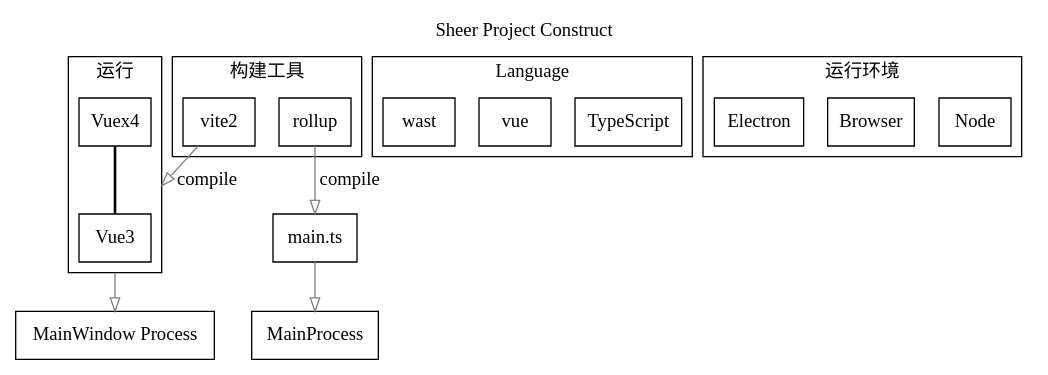
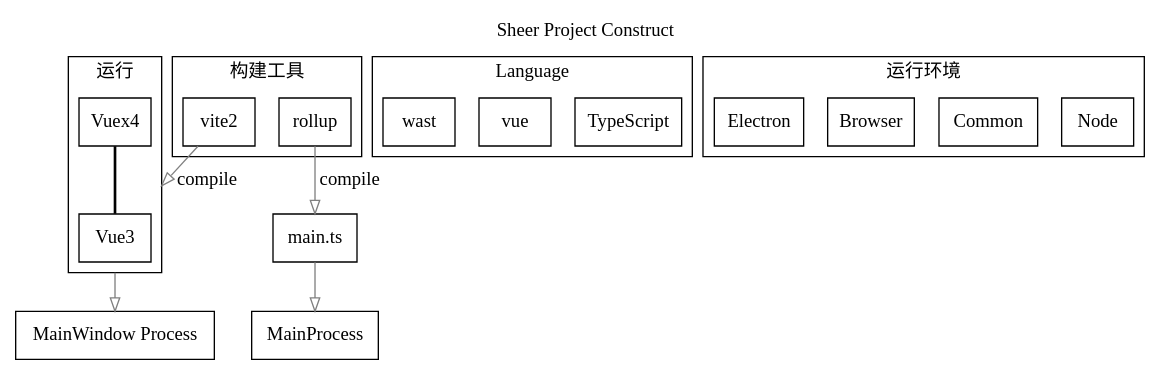
One commit to WingDust/Sheer changed the diagram in construct.dot. Above: the diagram before and after it, drawn with Graphviz. The commit also changed 14 other files, not shown here.

```diff
--- a/construct.dot
+++ b/construct.dot
@@ -1,60 +1,62 @@
 
 
 digraph  construct{
 
 
+  // rankdir=LR
   graph [compound=true fontname="Source Code Variable ExtraLight Italic"]
   node [color=black,shape=box,fontname="Source Code Variable ExtraLight Italic" ordering=out];
   edge [ color=gray arrowhead = "empty" fontname="优设好身体"]
 
   labelloc= "t";
   label="Sheer Project Construct";
 
   concentrate=true
 
   subgraph cluster_dep{
     graph [fontname="优设好身体"]
     label="运行";
     // labelloc= "t";
     Vue3[fontname="Source Code Variable ExtraLight Italic"]
     Vuex4[fontname="Source Code Variable ExtraLight Italic"]
 
     Vuex4 -> Vue3[arrowhead=none penwidth=2 color=black]
 
   }
   subgraph clusterDep{
     graph [fontname="优设好身体"]
     label="构建工具";
     rollup[fontname="Source Code Variable ExtraLight Italic"]
     vite2[fontname="Source Code Variable ExtraLight Italic"]
   }
   subgraph clusterlang{
     graph [fontname="优设好身体"]
     label="Language";
     TypeScript[ fontname="Source Code Variable ExtraLight Italic"]
     vue[fontname="Source Code Variable ExtraLight Italic"]
     wast[fontname="Source Code Variable ExtraLight Italic"]
   }
   subgraph clusterenv{
     graph [fontname="优设好身体"]
     label="运行环境";
     "Node"[fontname="Source Code Variable ExtraLight Italic"]
+    Common[fontname="Source Code Variable ExtraLight Italic"]
     Browser[fontname="Source Code Variable ExtraLight Italic"]
     Electron[fontname="Source Code Variable ExtraLight Italic"]
   }
 
 
   // {rank=max;Sheer}
   // {rank=same; Vue Vuex };
 
 
   vite2 -> Vue3 [label=compile  lhead=cluster_dep ]
   Vue3 -> "MainWindow Process"[ltail=cluster_dep ]
   rollup -> "main.ts"[label=compile]
   "main.ts" -> MainProcess
   // vite -> Vue [label=compile ltail=clusterDep lhead=cluster_dep ]
   //Vuex -> {Sheer};
   //state -> Vuex;
   //Vue -> Sheer ;
   //vite -> Vuex[label=compile]
 }
```
